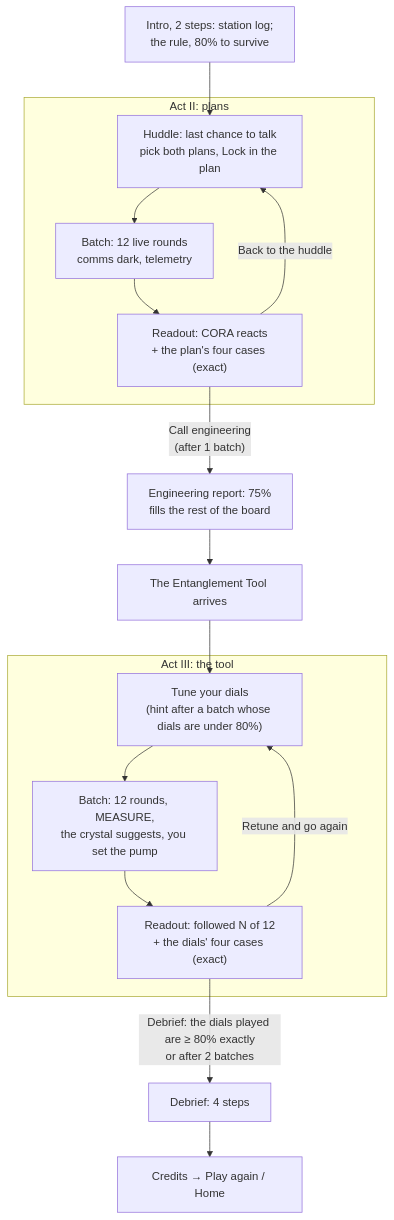
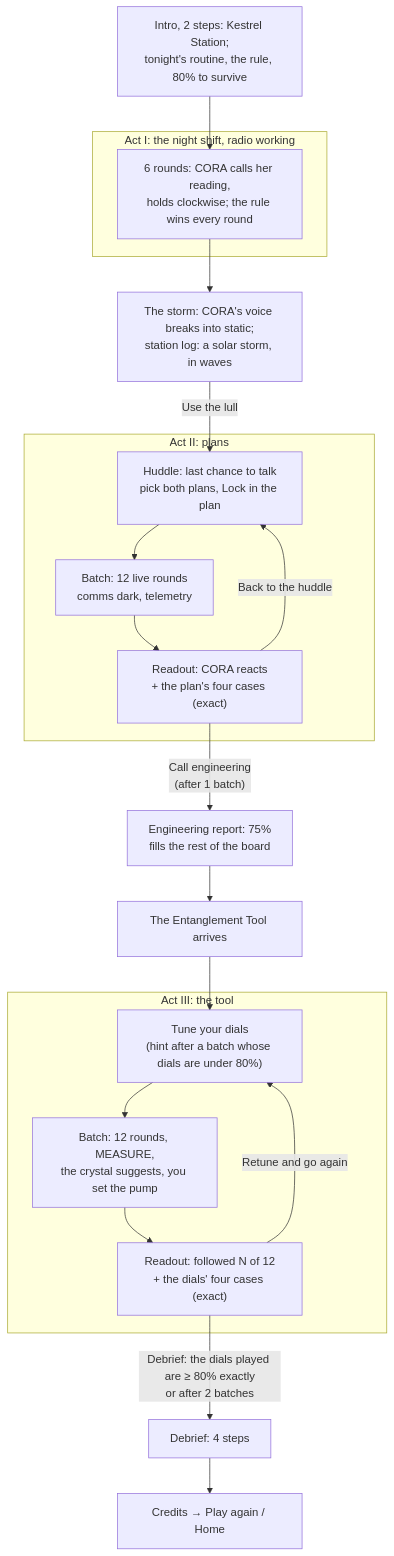
One commit to PlayableStories/quantum-crew changed the diagram in README.md. Above: the diagram before and after it, drawn with Mermaid. The commit also changed other lines of this file and 27 other files, not shown here.

First line of the commit message:
Story, Phase 1: Kestrel Station, Act I and the storm

````diff
--- a/README.md
+++ b/README.md
@@ -46,19 +58,24 @@
 ```mermaid
 flowchart TD
-  intro["Intro, 2 steps: station log;<br/>the rule, 80% to survive"] --> plan
+  intro["Intro, 2 steps: Kestrel Station;<br/>tonight's routine, the rule, 80% to survive"] --> act1
+  subgraph actI ["Act I: the night shift, radio working"]
+    act1["6 rounds: CORA calls her reading,<br/>holds clockwise; the rule wins every round"]
+  end
+  act1 --> storm["The storm: CORA's voice breaks into static;<br/>station log: a solar storm, in waves"]
+  storm -- "Use the lull" --> plan
   subgraph act2 ["Act II: plans"]
     plan["Huddle: last chance to talk<br/>pick both plans, Lock in the plan"] --> batch2["Batch: 12 live rounds<br/>comms dark, telemetry"]
     batch2 --> read2["Readout: CORA reacts<br/>+ the plan's four cases (exact)"]
     read2 -- "Back to the huddle" --> plan
   end
   read2 -- "Call engineering<br/>(after 1 batch)" --> ceiling["Engineering report: 75%<br/>fills the rest of the board"]
   ceiling --> tool["The Entanglement Tool arrives"]
   tool --> tune
   subgraph act3 ["Act III: the tool"]
     tune["Tune your dials<br/>(hint after a batch whose dials are under 80%)"] --> batch3["Batch: 12 rounds, MEASURE,<br/>the crystal suggests, you set the pump"]
     batch3 --> read3["Readout: followed N of 12<br/>+ the dials' four cases (exact)"]
     read3 -- "Retune and go again" --> tune
   end
   read3 -- "Debrief: the dials played are ≥ 80% exactly<br/>or after 2 batches" --> debrief["Debrief: 4 steps"]
   debrief --> credits["Credits → Play again / Home"]
 ```
````
